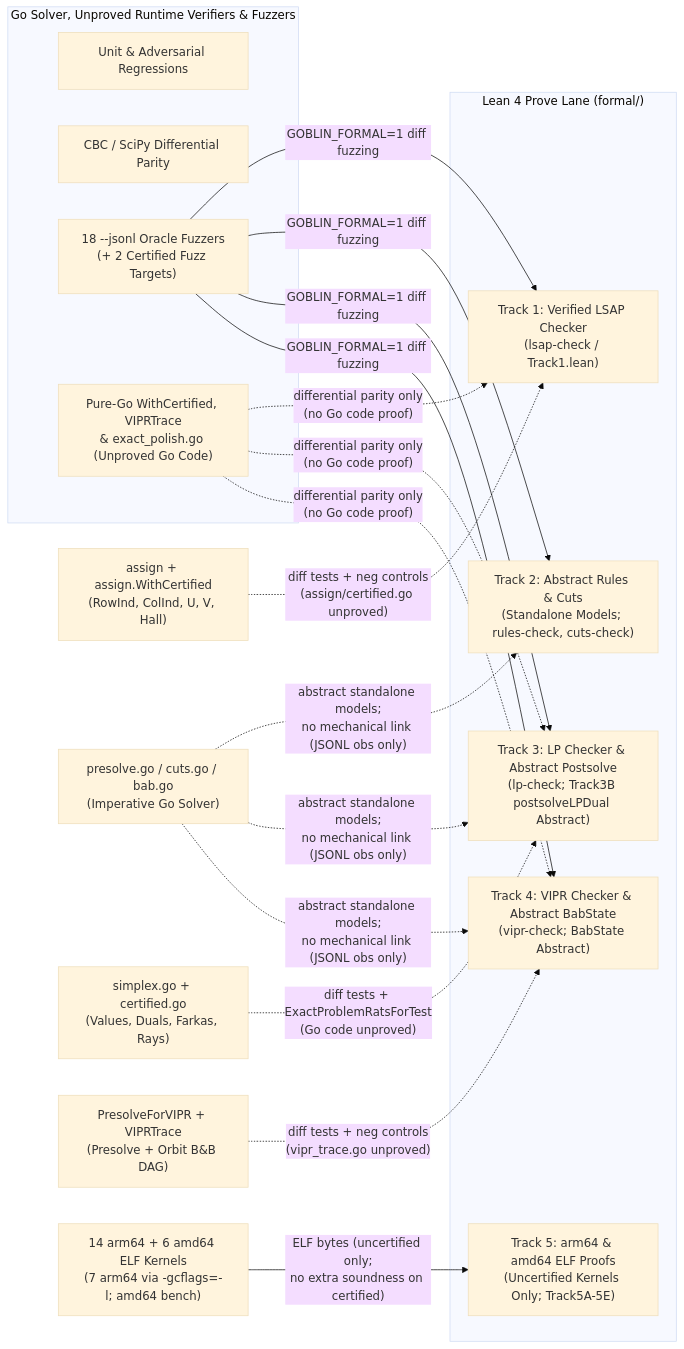
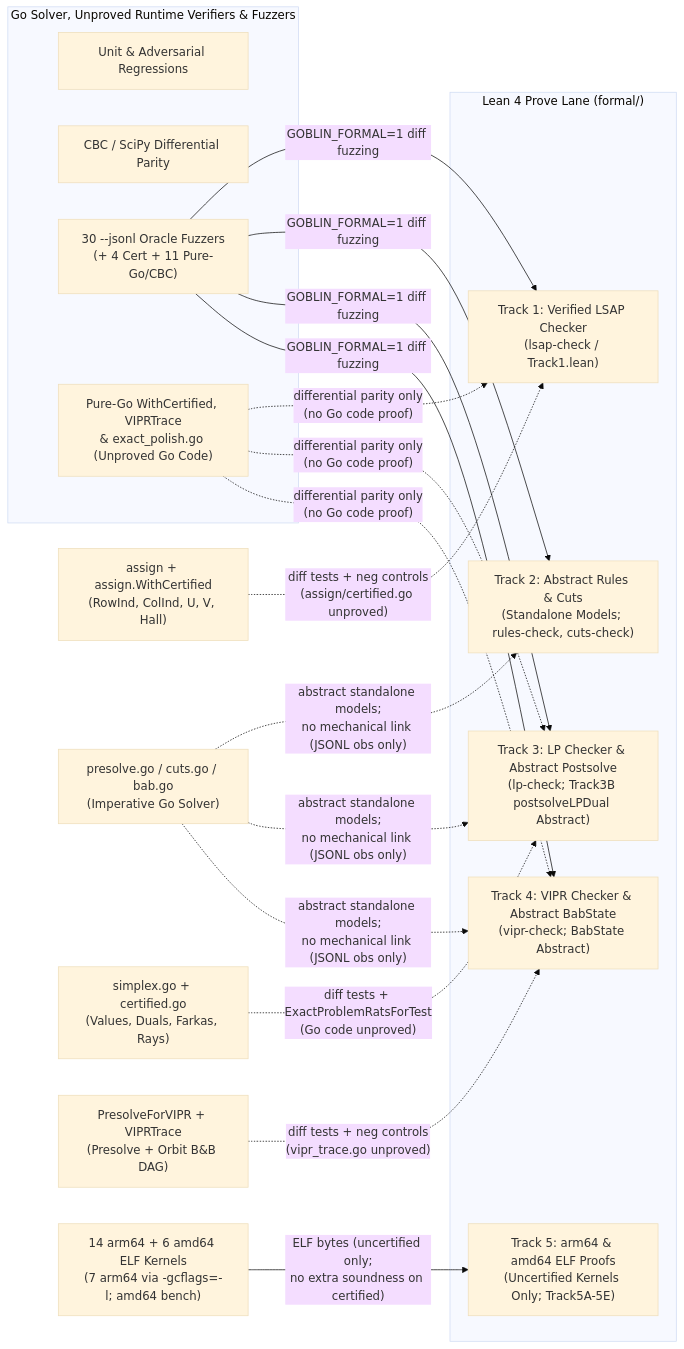
Before and after one commit to paulourio/goblin: the diagram in docs/formal-verification.md, drawn with Mermaid (base theme). The commit also changed other lines of this file and 12 other files, not shown here.

````diff
--- a/docs/formal-verification.md
+++ b/docs/formal-verification.md
@@ -15,25 +19,25 @@
 ```mermaid
 flowchart LR
     subgraph GoLane["Go Solver, Unproved Runtime Verifiers & Fuzzers"]
         G1["Unit & Adversarial Regressions"]
         G2["CBC / SciPy Differential Parity"]
-        G3["18 --jsonl Oracle Fuzzers\n(+ 2 Certified Fuzz Targets)"]
+        G3["30 --jsonl Oracle Fuzzers\n(+ 4 Cert + 11 Pure-Go/CBC)"]
         G4["Pure-Go WithCertified, VIPRTrace\n& exact_polish.go (Unproved Go Code)"]
     end
 
     subgraph ProveLane["Lean 4 Prove Lane (formal/)"]
         P1["Track 1: Verified LSAP Checker\n(lsap-check / Track1.lean)"]
         P2["Track 2: Abstract Rules & Cuts\n(Standalone Models; rules-check, cuts-check)"]
         P3["Track 3: LP Checker & Abstract Postsolve\n(lp-check; Track3B postsolveLPDual Abstract)"]
         P4["Track 4: VIPR Checker & Abstract BabState\n(vipr-check; BabState Abstract)"]
         P5["Track 5: arm64 & amd64 ELF Proofs\n(Uncertified Kernels Only; Track5A-5E)"]
     end
 
     A["assign + assign.WithCertified\n(RowInd, ColInd, U, V, Hall)"] -.->|"diff tests + neg controls\n(assign/certified.go unproved)"| P1
     B["presolve.go / cuts.go / bab.go\n(Imperative Go Solver)"] -.->|"abstract standalone models;\nno mechanical link (JSONL obs only)"| P2 & P3 & P4
     C["simplex.go + certified.go\n(Values, Duals, Farkas, Rays)"] -.->|"diff tests + ExactProblemRatsForTest\n(Go code unproved)"| P3
     D["PresolveForVIPR + VIPRTrace\n(Presolve + Orbit B&B DAG)"] -.->|"diff tests + neg controls\n(vipr_trace.go unproved)"| P4
     E["14 arm64 + 6 amd64 ELF Kernels\n(7 arm64 via -gcflags=-l; amd64 bench)"] -->|"ELF bytes (uncertified only;\nno extra soundness on certified)"| P5
     G3 -->|"GOBLIN_FORMAL=1 diff fuzzing"| P1 & P2 & P3 & P4
     G4 -.->|"differential parity only\n(no Go code proof)"| P1 & P3 & P4
 ```
````
